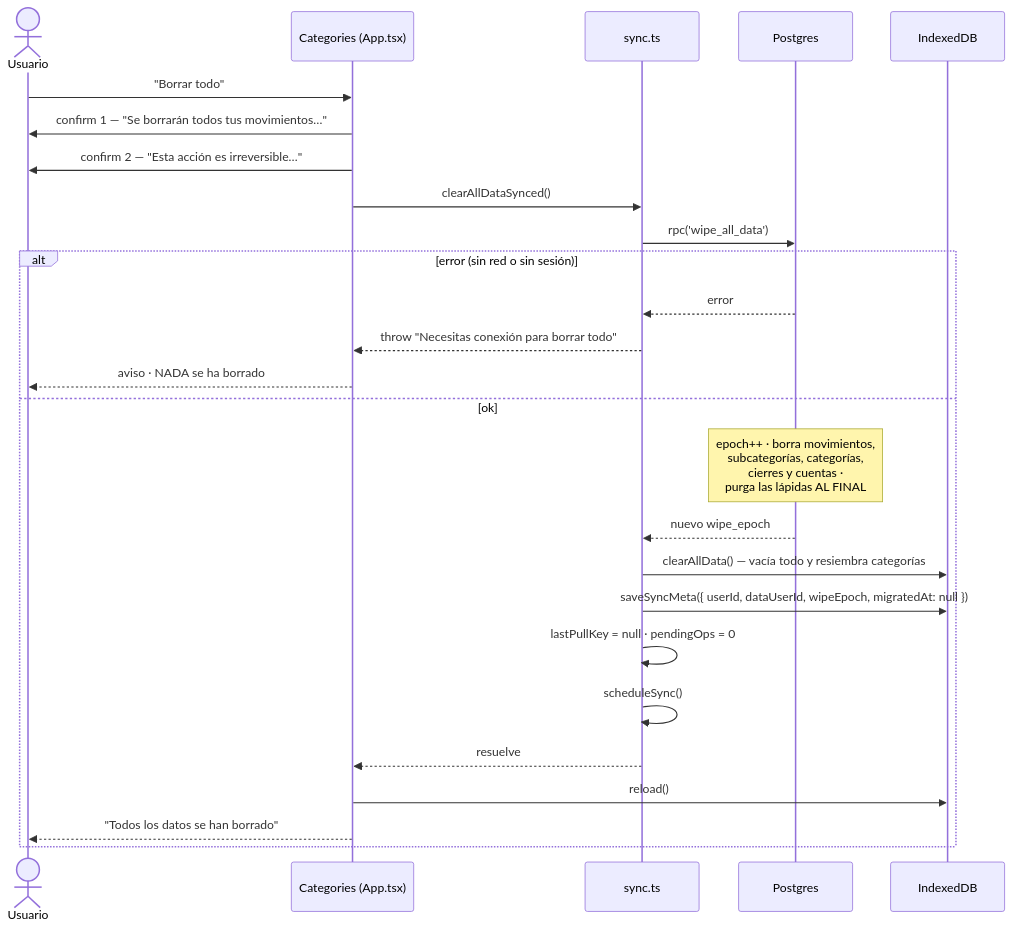
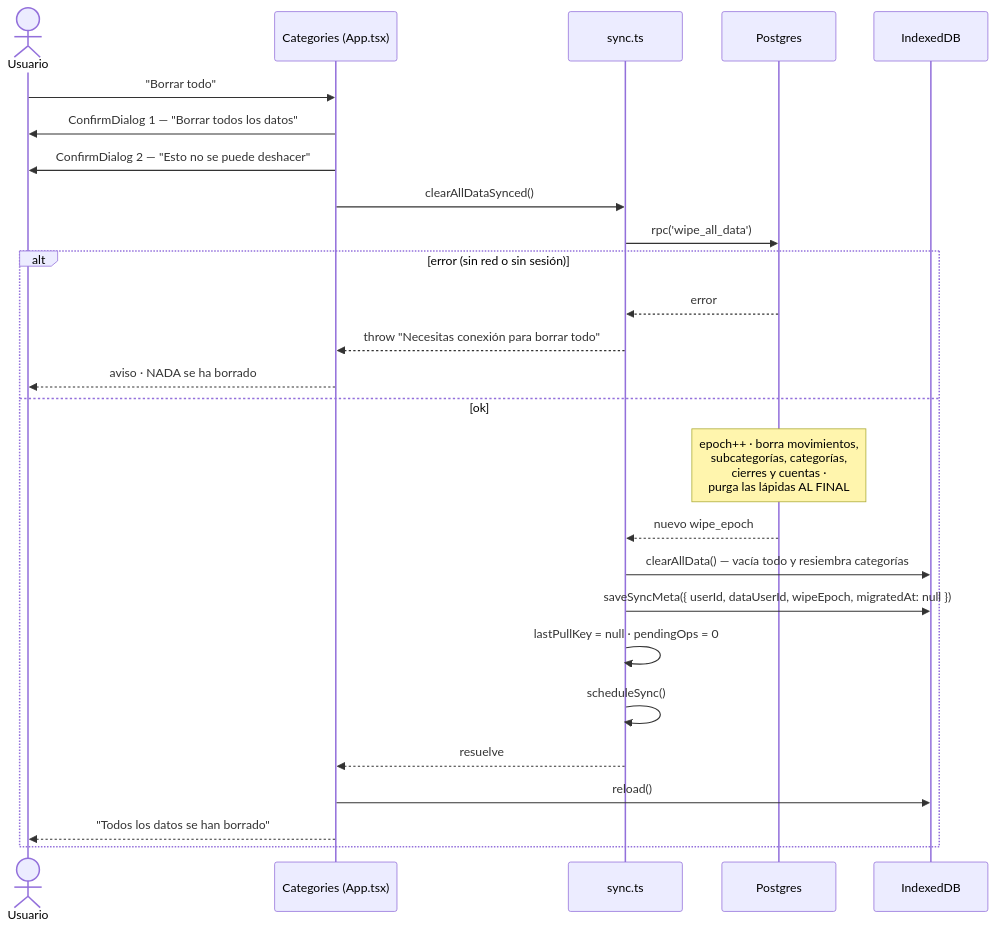
One commit to JoseCarlosCabelloTejero/FinHub changed the first of 2 diagrams in docs/flows/borrado-total.md. Above: the diagram before and after it, drawn with Mermaid. The commit also changed 9 other files, not shown here.

````diff
--- a/docs/flows/borrado-total.md
+++ b/docs/flows/borrado-total.md
@@ -21,29 +21,29 @@
 ```mermaid
 sequenceDiagram
     actor U as Usuario
     participant A as Categories (App.tsx)
     participant S as sync.ts
     participant PG as Postgres
     participant DB as IndexedDB
 
     U->>A: "Borrar todo"
-    A->>U: confirm 1 — "Se borrarán todos tus movimientos…"
-    A->>U: confirm 2 — "Esta acción es irreversible…"
+    A->>U: ConfirmDialog 1 — "Borrar todos los datos"
+    A->>U: ConfirmDialog 2 — "Esto no se puede deshacer"
     A->>S: clearAllDataSynced()
     S->>PG: rpc('wipe_all_data')
     alt error (sin red o sin sesión)
         PG-->>S: error
         S-->>A: throw "Necesitas conexión para borrar todo"
         A-->>U: aviso · NADA se ha borrado
     else ok
         Note over PG: epoch++ · borra movimientos,<br/>subcategorías, categorías,<br/>cierres y cuentas ·<br/>purga las lápidas AL FINAL
         PG-->>S: nuevo wipe_epoch
         S->>DB: clearAllData() — vacía todo y resiembra categorías
         S->>DB: saveSyncMeta({ userId, dataUserId, wipeEpoch, migratedAt: null })
         S->>S: lastPullKey = null · pendingOps = 0
         S->>S: scheduleSync()
         S-->>A: resuelve
         A->>DB: reload()
         A-->>U: "Todos los datos se han borrado"
     end
 ```
````
